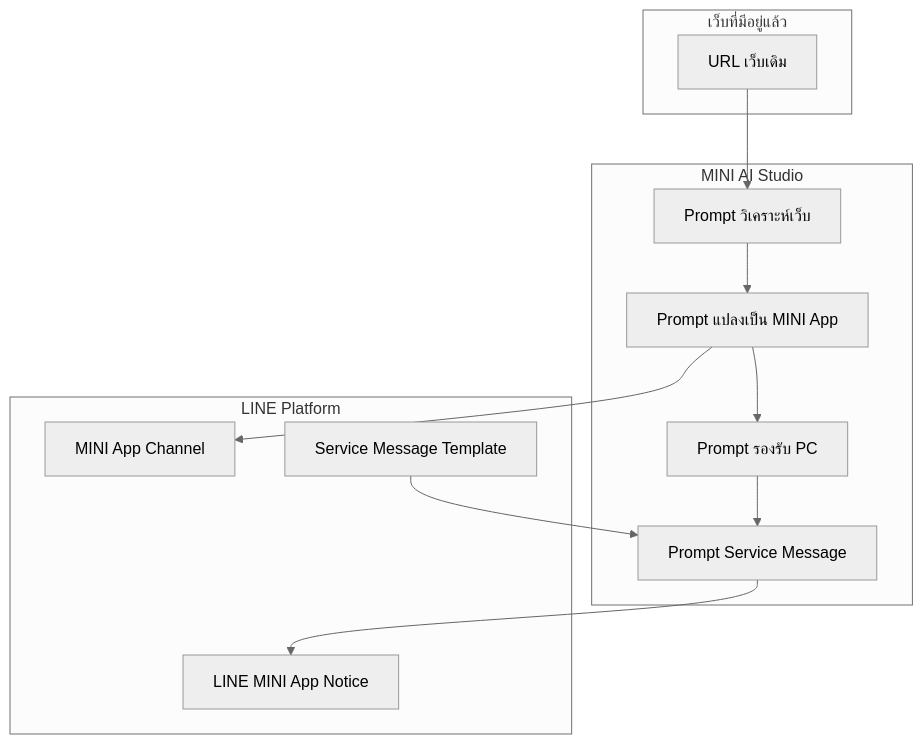
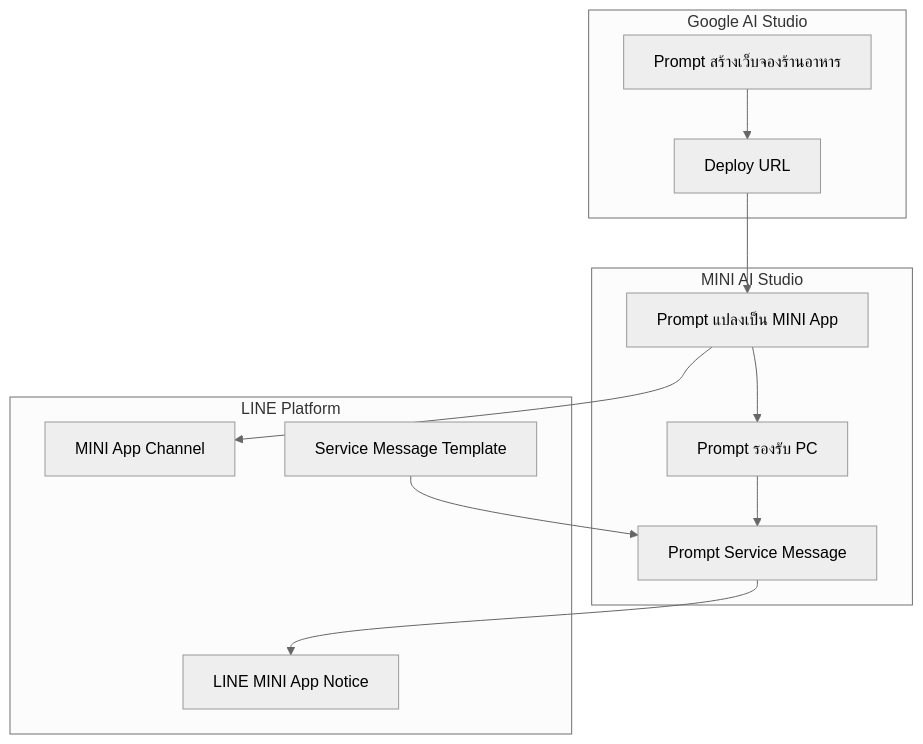
One commit to punsiriboo/my-codelabs changed the third of 3 diagrams in vibe-coding-line-mini-app-with-ai-studio/vibe-coding-line-mini-app.md. Above: the diagram before and after it, drawn with Mermaid (neutral theme). The commit also changed other lines of this file, not shown here.

````diff
--- a/vibe-coding-line-mini-app-with-ai-studio/vibe-coding-line-mini-app.md
+++ b/vibe-coding-line-mini-app-with-ai-studio/vibe-coding-line-mini-app.md
@@ -696,21 +696,21 @@
 ```mermaid
 flowchart TB
-    subgraph Existing["เว็บที่มีอยู่แล้ว"]
-        A[URL เว็บเดิม]
+    subgraph Google["Google AI Studio"]
+        A[Prompt สร้างเว็บจองร้านอาหาร]
+        B[Deploy URL]
     end
     subgraph MINI["MINI AI Studio"]
-        B[Prompt วิเคราะห์เว็บ]
         C[Prompt แปลงเป็น MINI App]
         D[Prompt รองรับ PC]
         E[Prompt Service Message]
     end
     subgraph LINE["LINE Platform"]
         F[MINI App Channel]
         G[Service Message Template]
         H[LINE MINI App Notice]
     end
     A --> B --> C --> D --> E
     C --> F
     G --> E
     E --> H
 ```
````
